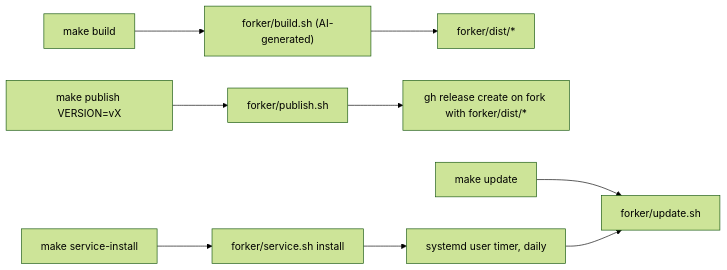
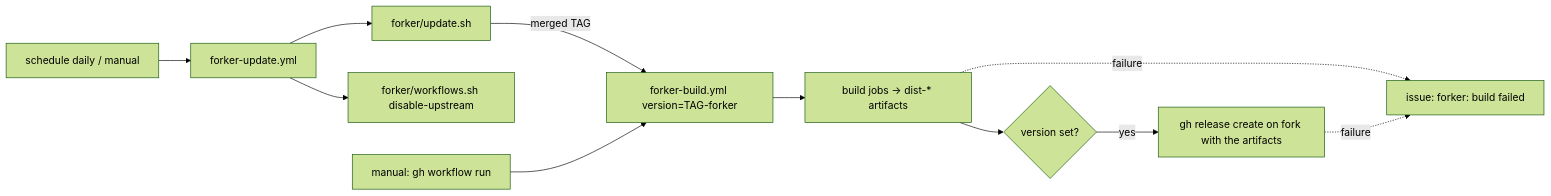
Before and after one commit to mchristoffers/forker: the third of 4 diagrams in docs/logic.md, drawn with Mermaid (forest theme). The commit also changed other lines of this file and 21 other files, not shown here.

First line of the commit message:
Build, release and update forks on GitHub Actions instead of local make

````diff
--- a/docs/logic.md
+++ b/docs/logic.md
@@ -45,7 +45,12 @@
 ```mermaid
 flowchart LR
-  MB[make build] --> SB["forker/build.sh (AI-generated)"] --> D[forker/dist/*]
-  MP[make publish VERSION=vX] --> SP[forker/publish.sh] --> R[gh release create on fork with forker/dist/*]
-  MU[make update] --> SU[forker/update.sh]
-  MS[make service-install] --> SS[forker/service.sh install] --> T[systemd user timer, daily] --> SU
+  S[schedule daily / manual] --> UW[forker-update.yml]
+  UW --> SU[forker/update.sh]
+  UW --> DW[forker/workflows.sh disable-upstream]
+  SU -- merged TAG --> BW["forker-build.yml version=TAG-forker"]
+  M[manual: gh workflow run] --> BW
+  BW --> BJ[build jobs → dist-* artifacts]
+  BJ --> PJ{version set?}
+  PJ -- yes --> R[gh release create on fork with the artifacts]
+  BJ & R -. failure .-> I[issue: forker: build failed]
 ```
````
